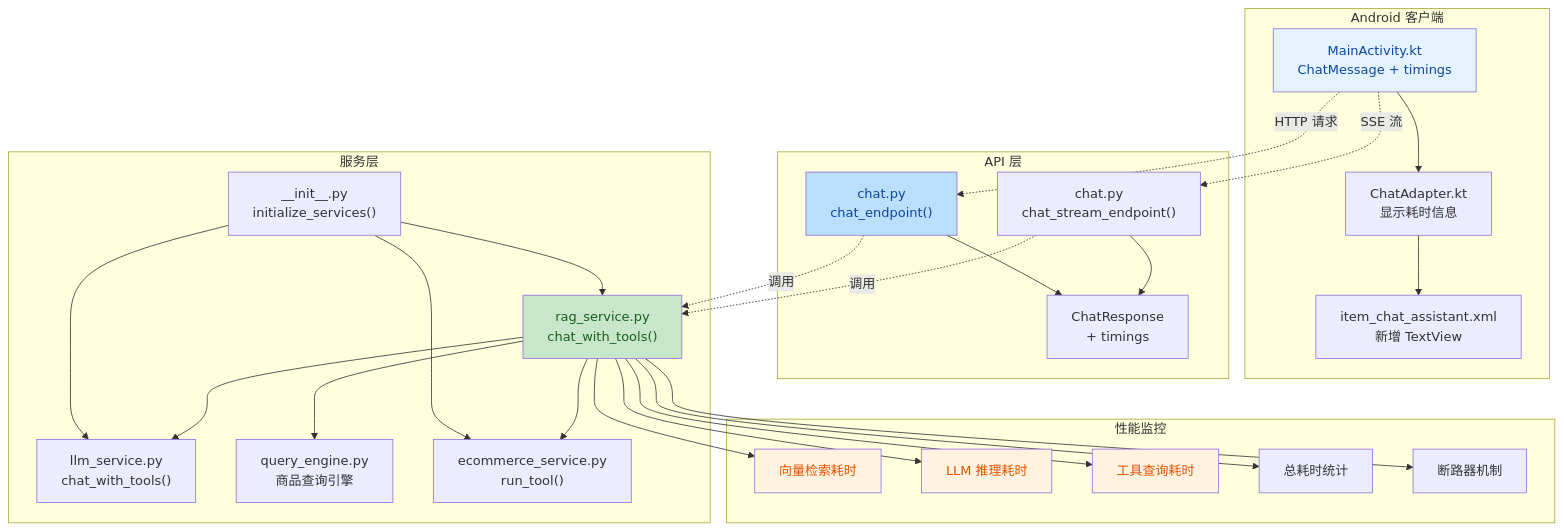
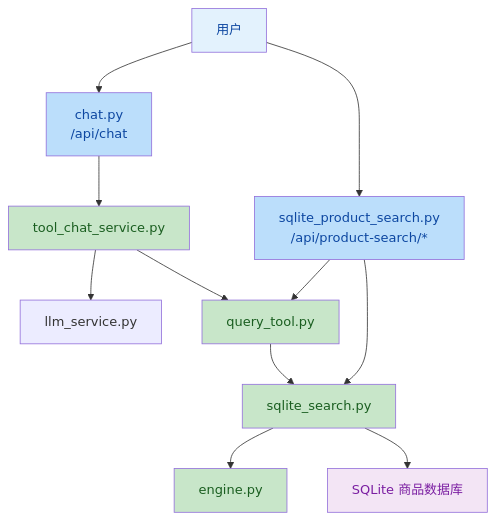
The diagram in docs/变更摘要/查询工具接入后端.md (Fang-Chenxin/ragApp2), drawn with Mermaid before and after one commit. The commit also changed other lines of this file and 20 other files, not shown here.

````diff
--- a/docs/变更摘要/查询工具接入后端.md
+++ b/docs/变更摘要/查询工具接入后端.md
@@ -15,58 +31,24 @@
 ```mermaid
 graph TB
-    subgraph "Android 客户端"
-        A1["MainActivity.kt<br/>ChatMessage + timings"]
-        A2["ChatAdapter.kt<br/>显示耗时信息"]
-        A3["item_chat_assistant.xml<br/>新增 TextView"]
-        A1 --> A2 --> A3
-    end
+    User[用户] --> ChatAPI["chat.py<br/>/api/chat"]
+    User --> ProductAPI["sqlite_product_search.py<br/>/api/product-search/*"]
 
-    subgraph "API 层"
-        B1["chat.py<br/>chat_endpoint()"]
-        B2["chat.py<br/>chat_stream_endpoint()"]
-        B3["ChatResponse<br/>+ timings"]
-        B1 --> B3
-        B2 --> B3
-    end
+    ChatAPI --> ToolChat["tool_chat_service.py"]
+    ToolChat --> LLM["llm_service.py"]
+    ToolChat --> QueryTool["query_tool.py"]
+    QueryTool --> SearchService["sqlite_search.py"]
+    SearchService --> Engine["engine.py"]
+    SearchService --> DB["SQLite 商品数据库"]
 
-    subgraph "服务层"
-        C1["__init__.py<br/>initialize_services()"]
-        C2["rag_service.py<br/>chat_with_tools()"]
-        C3["llm_service.py<br/>chat_with_tools()"]
-        C4["query_engine.py<br/>商品查询引擎"]
-        C5["ecommerce_service.py<br/>run_tool()"]
-        
-        C1 --> C2
-        C1 --> C3
-        C1 --> C5
-        C2 --> C3
-        C2 --> C4
-        C2 --> C5
-    end
+    ProductAPI --> QueryTool
+    ProductAPI --> SearchService
 
-    subgraph "性能监控"
-        D1["向量检索耗时"]
-        D2["LLM 推理耗时"]
-        D3["工具查询耗时"]
-        D4["总耗时统计"]
-        D5["断路器机制"]
-        
-        C2 --> D1
-        C2 --> D2
-        C2 --> D3
-        C2 --> D4
-        C2 --> D5
-    end
-
-    A1 -.->|HTTP 请求| B1
-    A1 -.->|SSE 流| B2
-    B1 -.->|调用| C2
-    B2 -.->|调用| C2
-    
-    style A1 fill:#e3f2fd,color:#0d47a1
-    style B1 fill:#bbdefb,color:#0d47a1
-    style C2 fill:#c8e6c9,color:#1a5e20
-    style D1 fill:#fff3e0,color:#e65100
-    style D2 fill:#fff3e0,color:#e65100
-    style D3 fill:#fff3e0,color:#e65100
+    style User fill:#e3f2fd,color:#0d47a1
+    style ChatAPI fill:#bbdefb,color:#0d47a1
+    style ProductAPI fill:#bbdefb,color:#0d47a1
+    style ToolChat fill:#c8e6c9,color:#1a5e20
+    style QueryTool fill:#c8e6c9,color:#1a5e20
+    style SearchService fill:#c8e6c9,color:#1a5e20
+    style Engine fill:#c8e6c9,color:#1a5e20
+    style DB fill:#f3e5f5,color:#7b1fa2
 ```
````
